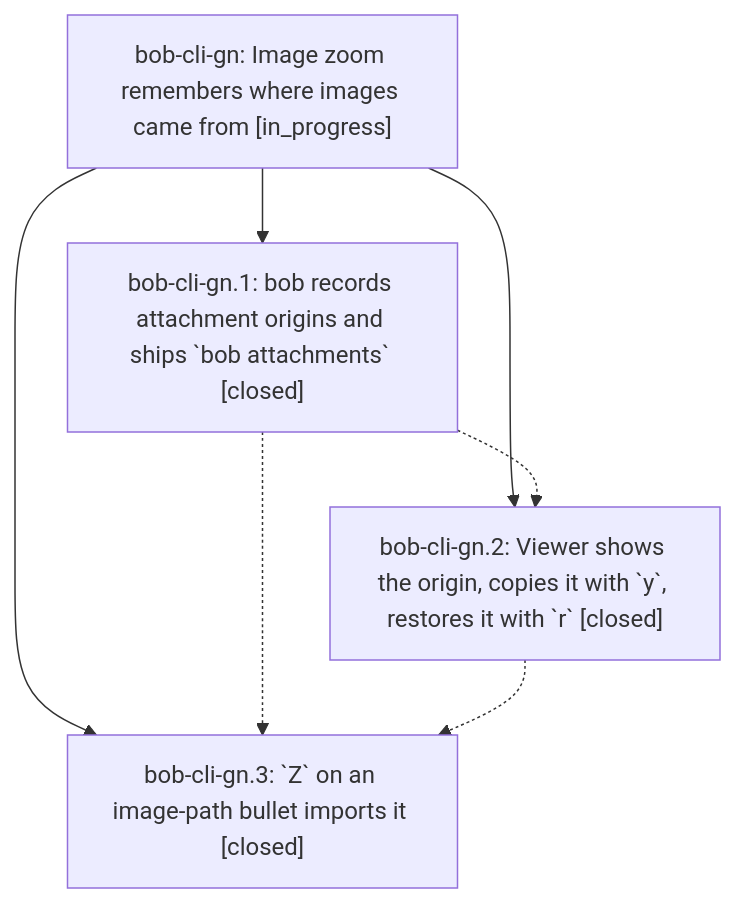
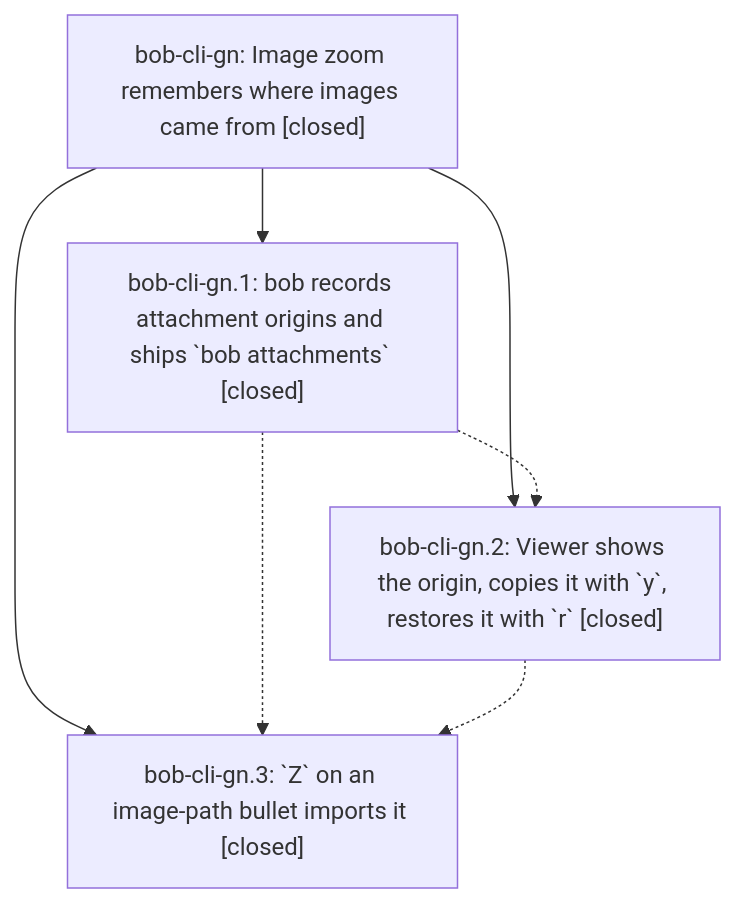
Before and after one commit to bobs-org/bob-cli--beads: the diagram in pages/bob-cli-gn/README.md, drawn with Mermaid. The commit also changed other lines of this file and 1 other file, not shown here.

First line of the commit message:
chore(beads): sync bead state and pages for bob-cli-gn

````diff
--- a/pages/bob-cli-gn/README.md
+++ b/pages/bob-cli-gn/README.md
@@ -42,13 +59,13 @@
 ```mermaid
 flowchart TD
-    n0["bob-cli-gn: Image zoom remembers where images came from [in_progress]"]
+    n0["bob-cli-gn: Image zoom remembers where images came from [closed]"]
     n1["bob-cli-gn.1: bob records attachment origins and ships `bob attachments` [closed]"]
     n2["bob-cli-gn.2: Viewer shows the origin, copies it with `y`, restores it with `r` [closed]"]
     n3["bob-cli-gn.3: `Z` on an image-path bullet imports it [closed]"]
     n0 --> n1
     n0 --> n2
     n0 --> n3
     n1 -.-> n2
     n1 -.-> n3
     n2 -.-> n3
 ```
````
